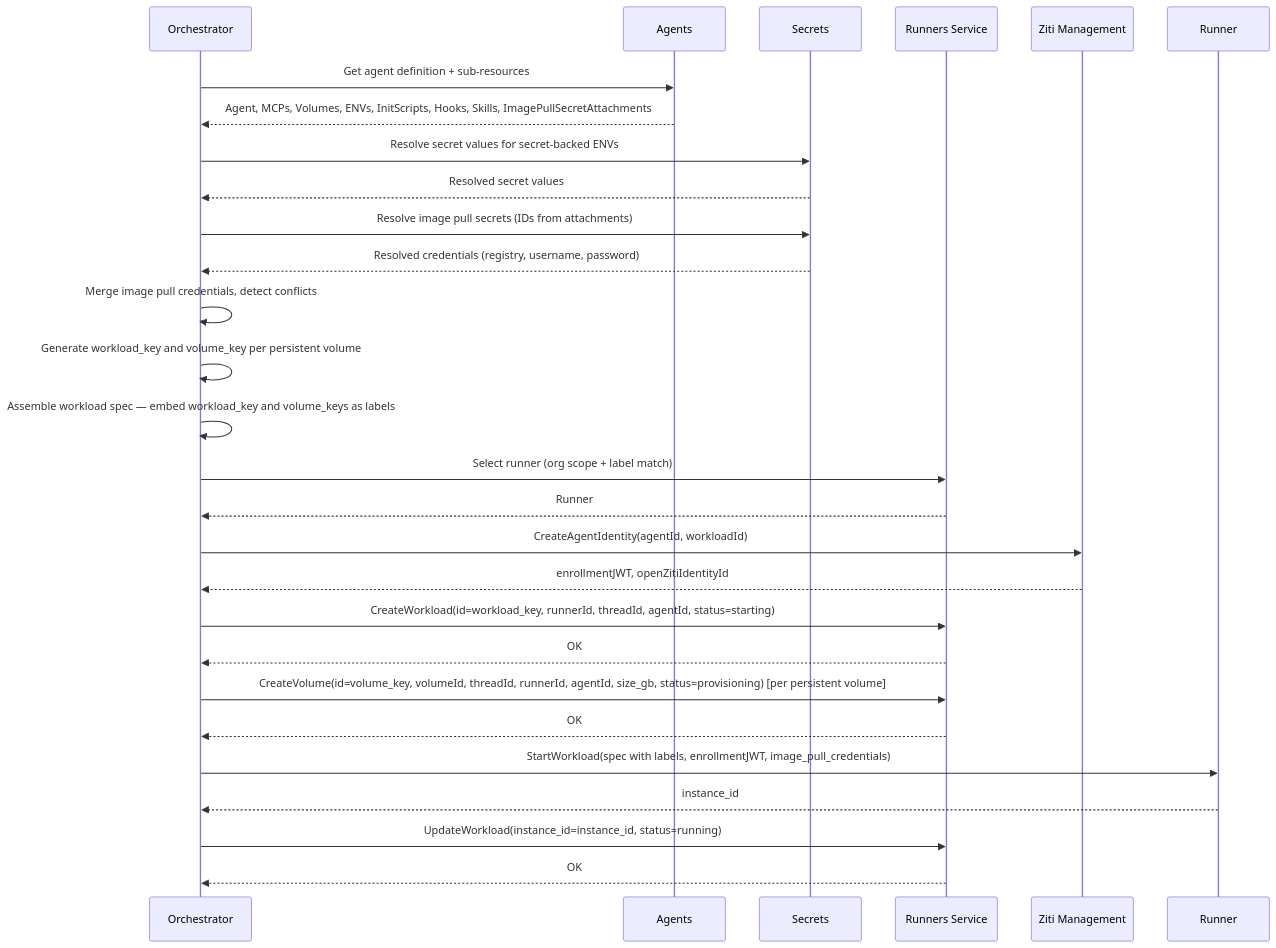
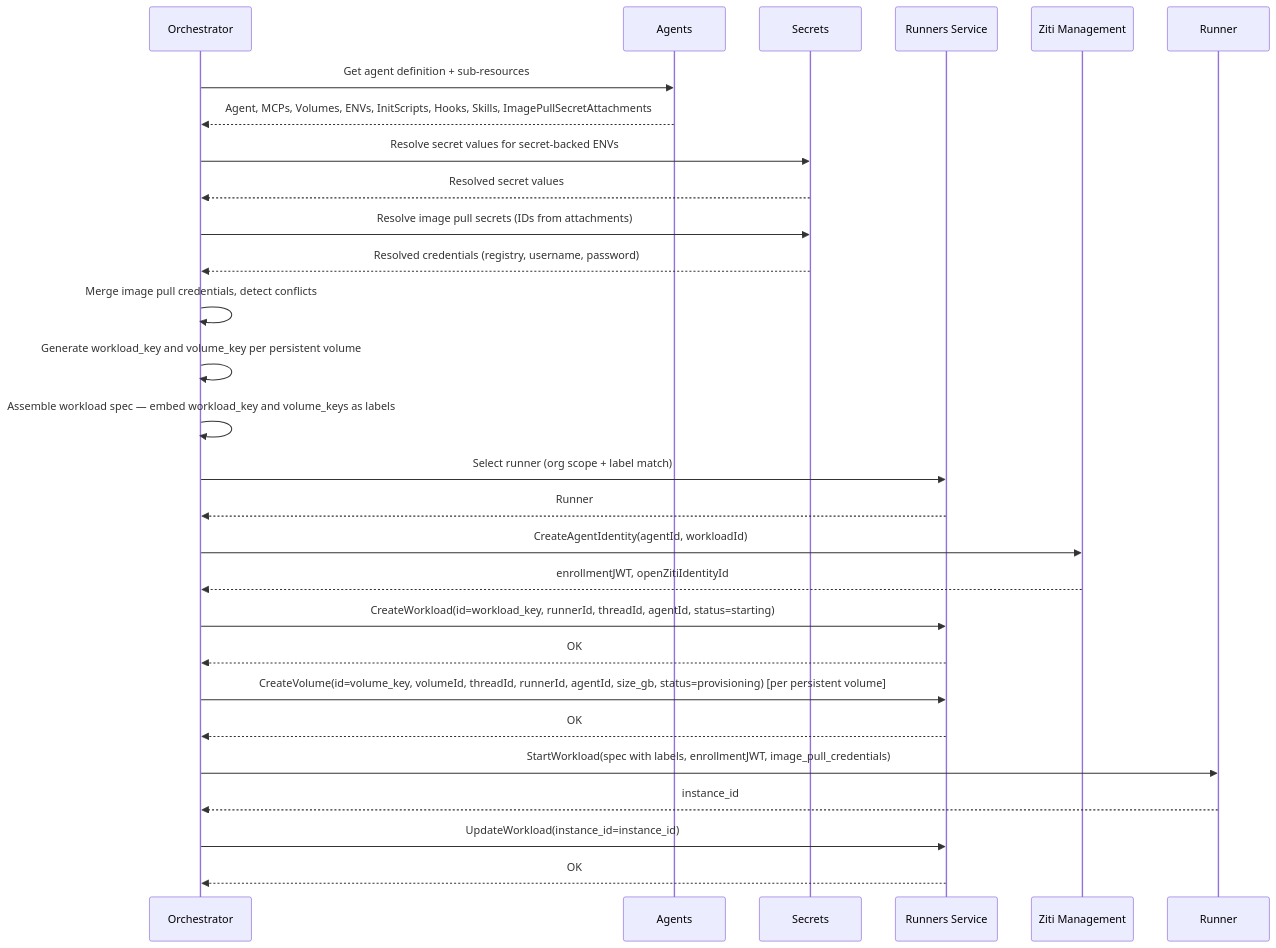
The third of 4 diagrams in architecture/agents-orchestrator.md (agynio/architecture), drawn with Mermaid before and after one commit. The commit also changed other lines of this file and 4 other files, not shown here.

````diff
--- a/architecture/agents-orchestrator.md
+++ b/architecture/agents-orchestrator.md
@@ -94,31 +156,31 @@
 ```mermaid
 sequenceDiagram
     participant O as Orchestrator
     participant T as Agents
     participant S as Secrets
     participant RS as Runners Service
     participant ZM as Ziti Management
     participant R as Runner
 
     O->>T: Get agent definition + sub-resources
     T-->>O: Agent, MCPs, Volumes, ENVs, InitScripts, Hooks, Skills, ImagePullSecretAttachments
     O->>S: Resolve secret values for secret-backed ENVs
     S-->>O: Resolved secret values
     O->>S: Resolve image pull secrets (IDs from attachments)
     S-->>O: Resolved credentials (registry, username, password)
     O->>O: Merge image pull credentials, detect conflicts
     O->>O: Generate workload_key and volume_key per persistent volume
     O->>O: Assemble workload spec — embed workload_key and volume_keys as labels
     O->>RS: Select runner (org scope + label match)
     RS-->>O: Runner
     O->>ZM: CreateAgentIdentity(agentId, workloadId)
     ZM-->>O: enrollmentJWT, openZitiIdentityId
     O->>RS: CreateWorkload(id=workload_key, runnerId, threadId, agentId, status=starting)
     RS-->>O: OK
     O->>RS: CreateVolume(id=volume_key, volumeId, threadId, runnerId, agentId, size_gb, status=provisioning) [per persistent volume]
     RS-->>O: OK
     O->>R: StartWorkload(spec with labels, enrollmentJWT, image_pull_credentials)
     R-->>O: instance_id
-    O->>RS: UpdateWorkload(instance_id=instance_id, status=running)
+    O->>RS: UpdateWorkload(instance_id=instance_id)
     RS-->>O: OK
 ```
````
